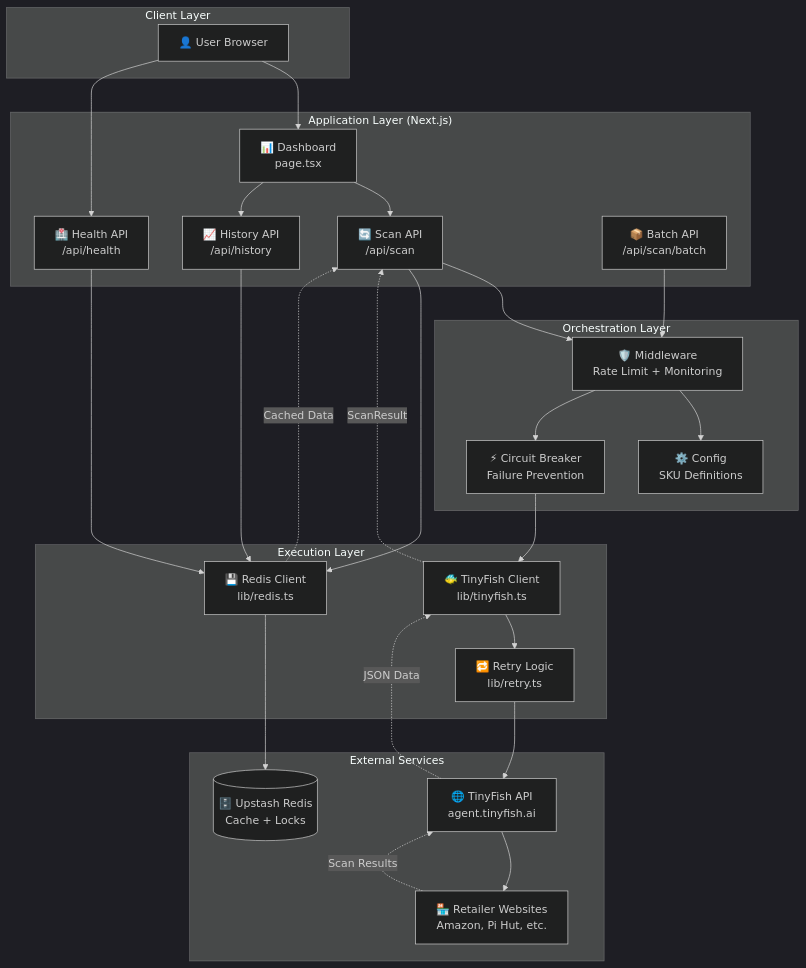
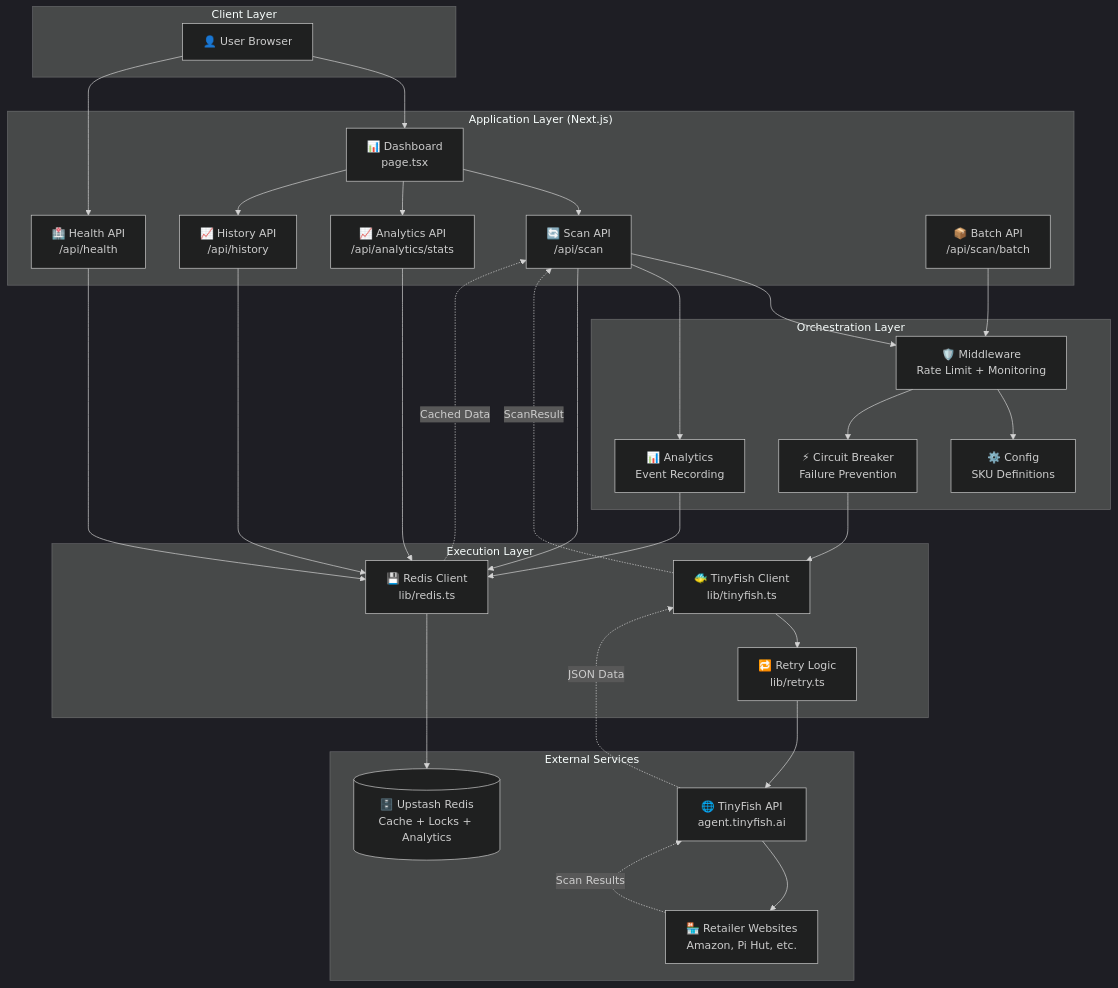
The diagram in README.md (MasteraSnackin/Hardware-Sentry), drawn with Mermaid (dark theme) before and after one commit. The commit also changed other lines of this file, not shown here.

````diff
--- a/README.md
+++ b/README.md
@@ -86,56 +101,62 @@
 ```mermaid
 flowchart TB
     subgraph "Client Layer"
         User[👤 User Browser]
     end
 
     subgraph "Application Layer (Next.js)"
         Dashboard[📊 Dashboard<br/>page.tsx]
         ScanAPI[🔄 Scan API<br/>/api/scan]
+        AnalyticsAPI[📈 Analytics API<br/>/api/analytics/stats]
         HistoryAPI[📈 History API<br/>/api/history]
         HealthAPI[🏥 Health API<br/>/api/health]
         BatchAPI[📦 Batch API<br/>/api/scan/batch]
     end
 
     subgraph "Orchestration Layer"
         Config[⚙️ Config<br/>SKU Definitions]
         Middleware[🛡️ Middleware<br/>Rate Limit + Monitoring]
         CircuitBreaker[⚡ Circuit Breaker<br/>Failure Prevention]
+        Analytics[📊 Analytics<br/>Event Recording]
     end
 
     subgraph "Execution Layer"
         TinyFish[🐠 TinyFish Client<br/>lib/tinyfish.ts]
         RedisClient[💾 Redis Client<br/>lib/redis.ts]
         Retry[🔁 Retry Logic<br/>lib/retry.ts]
     end
 
     subgraph "External Services"
         TinyFishAPI[🌐 TinyFish API<br/>agent.tinyfish.ai]
-        UpstashRedis[(🗄️ Upstash Redis<br/>Cache + Locks)]
+        UpstashRedis[(🗄️ Upstash Redis<br/>Cache + Locks + Analytics)]
         Vendors[🏪 Retailer Websites<br/>Amazon, Pi Hut, etc.]
     end
 
     User --> Dashboard
     Dashboard --> ScanAPI
+    Dashboard --> AnalyticsAPI
     Dashboard --> HistoryAPI
     User --> HealthAPI
 
     ScanAPI --> Middleware
+    ScanAPI --> Analytics
     BatchAPI --> Middleware
     Middleware --> Config
     Middleware --> CircuitBreaker
     CircuitBreaker --> TinyFish
     TinyFish --> Retry
     Retry --> TinyFishAPI
     TinyFishAPI --> Vendors
 
     ScanAPI --> RedisClient
     HistoryAPI --> RedisClient
     HealthAPI --> RedisClient
+    Analytics --> RedisClient
+    AnalyticsAPI --> RedisClient
     RedisClient --> UpstashRedis
 
     Vendors -.->|Scan Results| TinyFishAPI
     TinyFishAPI -.->|JSON Data| TinyFish
     TinyFish -.->|ScanResult| ScanAPI
     RedisClient -.->|Cached Data| ScanAPI
 ```
````
